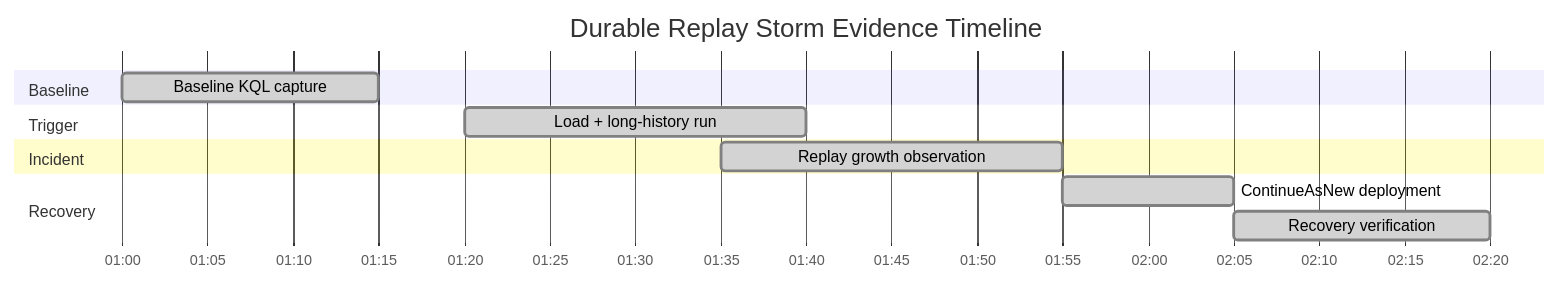
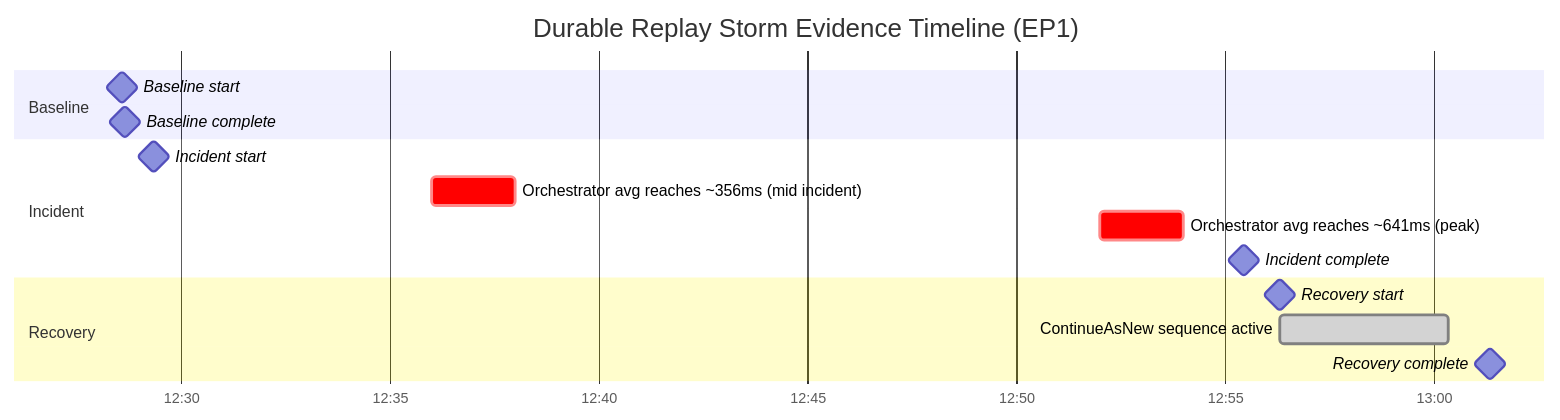
Before and after one commit to yeongseon/azure-functions-practical-guide: the sixth of 6 diagrams in docs/troubleshooting/lab-guides/durable-replay-storm.md, drawn with Mermaid. The commit also changed other lines of this file and 21 other files, not shown here.

First line of the commit message:
feat: update all 9 lab guides with real Azure evidence and Oracle-reviewed KQL

````diff
--- a/docs/troubleshooting/lab-guides/durable-replay-storm.md
+++ b/docs/troubleshooting/lab-guides/durable-replay-storm.md
@@ -412,15 +700,18 @@
 ```mermaid
 gantt
-    title Durable Replay Storm Evidence Timeline
-    dateFormat  HH:mm
+    title Durable Replay Storm Evidence Timeline (EP1)
+    dateFormat  HH:mm:ss
     axisFormat  %H:%M
     section Baseline
-    Baseline KQL capture        :done, a1, 01:00, 15m
-    section Trigger
-    Load + long-history run     :done, a2, 01:20, 20m
+    Baseline start                                 :milestone, m1, 12:28:36, 0s
+    Baseline complete                              :milestone, m2, 12:28:41, 0s
     section Incident
-    Replay growth observation   :done, a3, 01:35, 20m
+    Incident start                                 :milestone, m3, 12:29:22, 0s
+    Orchestrator avg reaches ~356ms (mid incident) :crit, i1, 12:36:00, 2m
+    Orchestrator avg reaches ~641ms (peak)         :crit, i2, 12:52:00, 2m
+    Incident complete                              :milestone, m4, 12:55:28, 0s
     section Recovery
-    ContinueAsNew deployment    :done, a4, 01:55, 10m
-    Recovery verification       :done, a5, 02:05, 15m
+    Recovery start                                 :milestone, m5, 12:56:18, 0s
+    ContinueAsNew sequence active                  :done, r1, 12:56:20, 4m
+    Recovery complete                              :milestone, m6, 13:01:21, 0s
 ```
````
